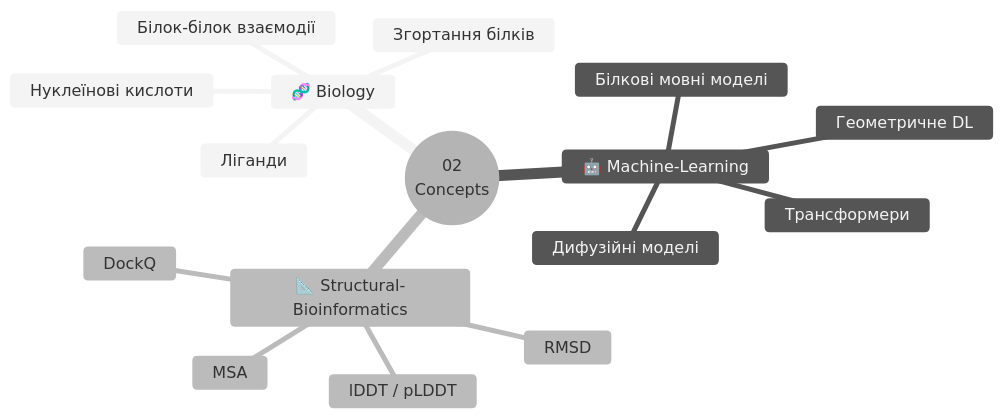
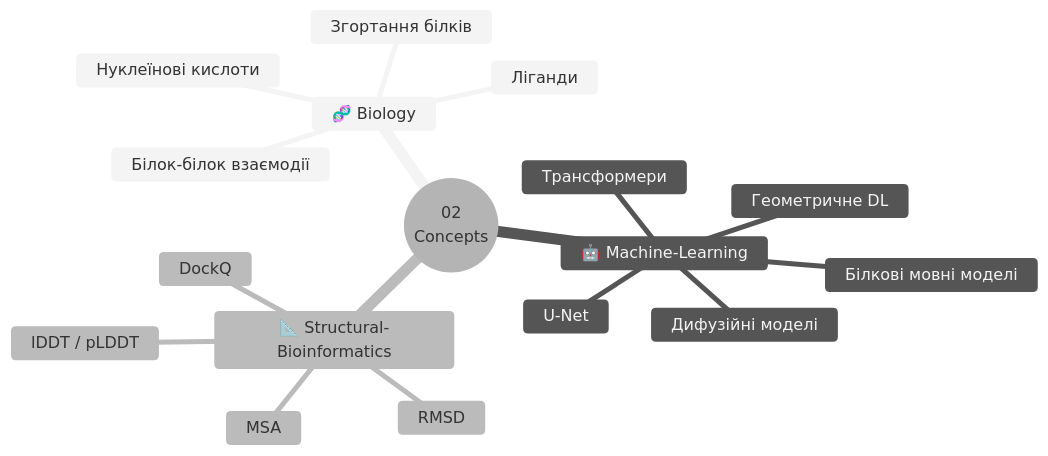
Before and after one commit to OlehVolkov/AlphaFold3-AIGen-KnowledgeBase: the first of 2 diagrams in UA/Індекс.md, drawn with Mermaid (neutral theme). The commit also changed other lines of this file and 33 other files, not shown here.

````diff
--- a/UA/Індекс.md
+++ b/UA/Індекс.md
@@ -14,19 +14,20 @@
 ```mermaid
 mindmap
   root(("02<br/>Concepts"))
     🧬 Biology
       Згортання білків
       Білок-білок взаємодії
       Ліганди
       Нуклеїнові кислоти
     🤖 Machine-Learning
       Трансформери
       Дифузійні моделі
       Білкові мовні моделі
       Геометричне DL
+      U-Net
     📐 Structural-Bioinformatics
       RMSD
       lDDT / pLDDT
       DockQ
       MSA
 ```
````
